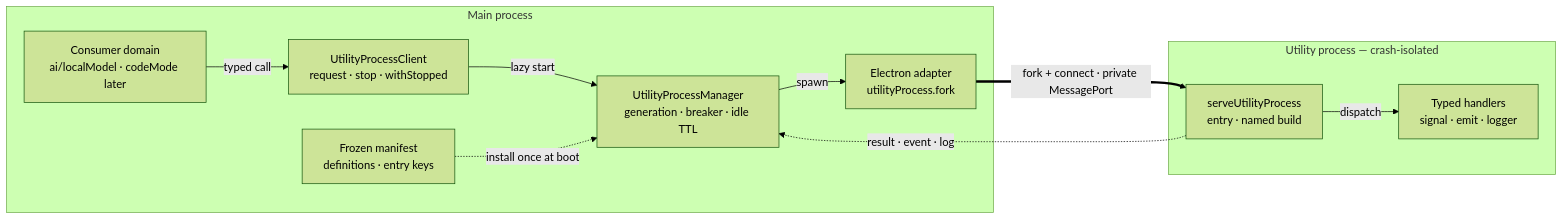
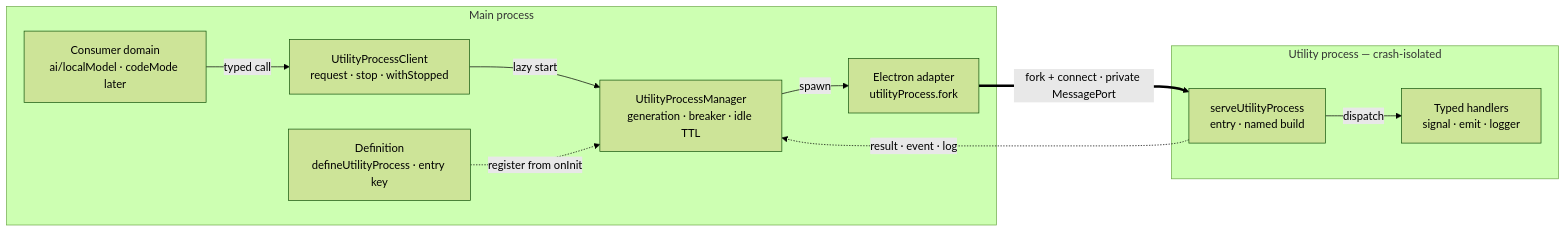
The diagram in docs/references/architecture/utility-process-rfc.md (CherryHQ/cherry-studio), drawn with Mermaid (forest theme) before and after one commit. The commit also changed other lines of this file and 23 other files, not shown here.

First line of the commit message:
fix(utility-process): close the stop, crash, and registration gaps from review

````diff
--- a/docs/references/architecture/utility-process-rfc.md
+++ b/docs/references/architecture/utility-process-rfc.md
@@ -154,21 +155,21 @@
 ```mermaid
 flowchart LR
   subgraph MAIN["Main process"]
     DOM["Consumer domain<br/>ai/localModel · codeMode later"]
     CLIENT["UtilityProcessClient<br/>request · stop · withStopped"]
     MGR["UtilityProcessManager<br/>generation · breaker · idle TTL"]
     ADAPTER["Electron adapter<br/>utilityProcess.fork"]
-    MANIFEST["Frozen manifest<br/>definitions · entry keys"]
+    DEF["Definition<br/>defineUtilityProcess · entry key"]
     DOM -->|typed call| CLIENT
     CLIENT -->|lazy start| MGR
     MGR -->|spawn| ADAPTER
-    MANIFEST -.->|install once at boot| MGR
+    DEF -.->|register from onInit| MGR
   end
   subgraph CHILD["Utility process — crash-isolated"]
     SERVE["serveUtilityProcess<br/>entry · named build"]
     HANDLERS["Typed handlers<br/>signal · emit · logger"]
     SERVE -->|dispatch| HANDLERS
   end
   ADAPTER ==>|fork + connect · private MessagePort| SERVE
   SERVE -.->|result · event · log| MGR
 ```
````
